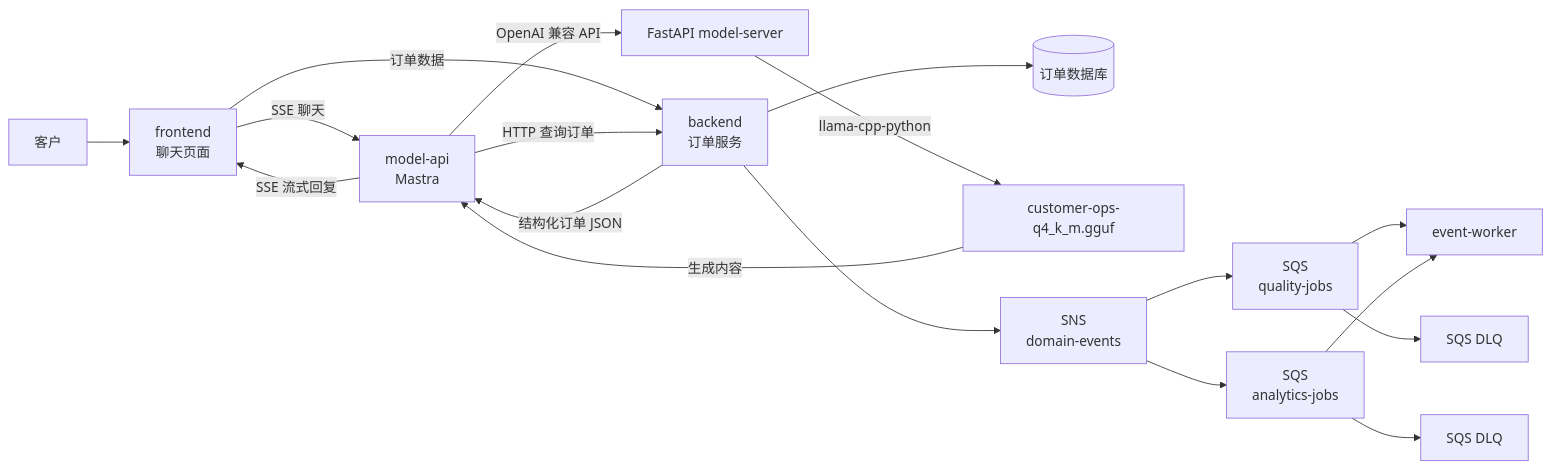
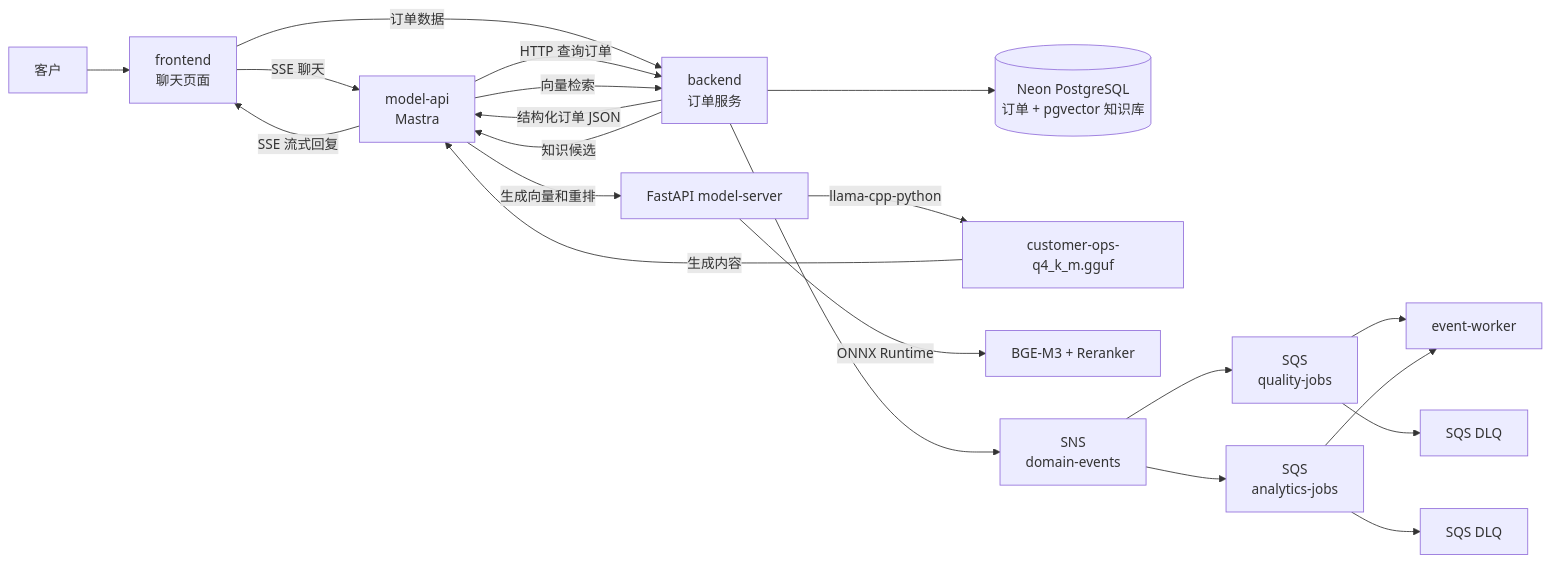
Before and after one commit to downMark/customer-ops-platform: the diagram in docs/README.md, drawn with Mermaid. The commit also changed other lines of this file and 63 other files, not shown here.

````diff
--- a/docs/README.md
+++ b/docs/README.md
@@ -77,20 +80,23 @@
 ```mermaid
 flowchart LR
     User[客户] --> Frontend[frontend\n聊天页面]
     Frontend -->|SSE 聊天| Mastra[model-api\nMastra]
     Frontend -->|订单数据| Backend
     Mastra -->|HTTP 查询订单| Backend[backend\n订单服务]
-    Backend --> Database[(订单数据库)]
+    Mastra -->|生成向量和重排| ModelServer[FastAPI model-server]
+    Mastra -->|向量检索| Backend
+    Backend --> Database[(Neon PostgreSQL\n订单 + pgvector 知识库)]
     Backend -->|结构化订单 JSON| Mastra
-    Mastra -->|OpenAI 兼容 API| ModelServer[FastAPI model-server]
+    Backend -->|知识候选| Mastra
     ModelServer -->|llama-cpp-python| GGUF[customer-ops-q4_k_m.gguf]
+    ModelServer -->|ONNX Runtime| BGE[BGE-M3 + Reranker]
     GGUF -->|生成内容| Mastra
     Mastra -->|SSE 流式回复| Frontend
     Backend --> SNS[SNS\ndomain-events]
     SNS --> QualityQueue[SQS\nquality-jobs]
     SNS --> AnalyticsQueue[SQS\nanalytics-jobs]
     QualityQueue --> Worker[event-worker]
     AnalyticsQueue --> Worker
     QualityQueue --> QualityDLQ[SQS DLQ]
     AnalyticsQueue --> AnalyticsDLQ[SQS DLQ]
 ```
````
